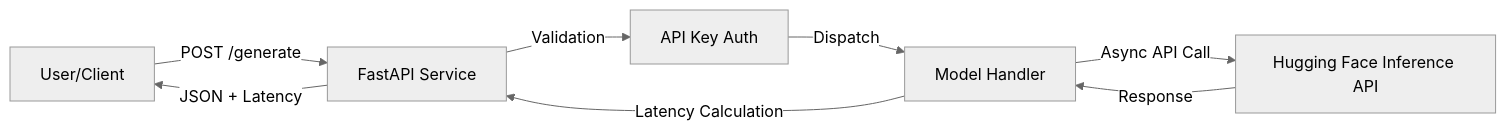
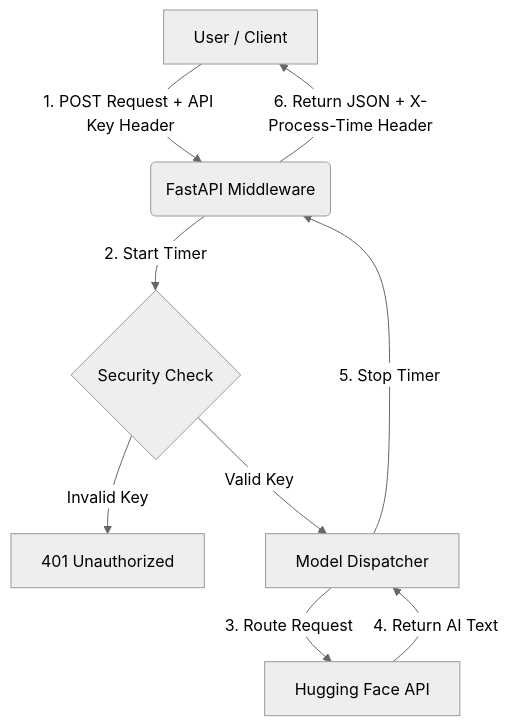
The diagram in README.md (zaryabmustafa199/LLM_LATENCY_TEST), drawn with Mermaid (neutral theme) before and after one commit. The commit also changed other lines of this file and 5 other files, not shown here.

````diff
--- a/README.md
+++ b/README.md
@@ -18,10 +34,11 @@
 ```mermaid
-graph LR
-    User[User/Client] -->|POST /generate| API[FastAPI Service]
-    API -->|Validation| Auth[API Key Auth]
-    Auth -->|Dispatch| Handler[Model Handler]
-    Handler -->|Async API Call| HF[Hugging Face Inference API]
-    HF -->|Response| Handler
-    Handler -->|Latency Calculation| API
-    API -->|JSON + Latency| User
+graph TD
+    A[User / Client] -->|1. POST Request + API Key Header| B(FastAPI Middleware)
+    B -->|2. Start Timer| C{Security Check}
+    C -->|Invalid Key| D[401 Unauthorized]
+    C -->|Valid Key| E[Model Dispatcher]
+    E -->|3. Route Request| F[Hugging Face API]
+    F -->|4. Return AI Text| E
+    E -->|5. Stop Timer| B
+    B -->|6. Return JSON + X-Process-Time Header| A
 ```
````
